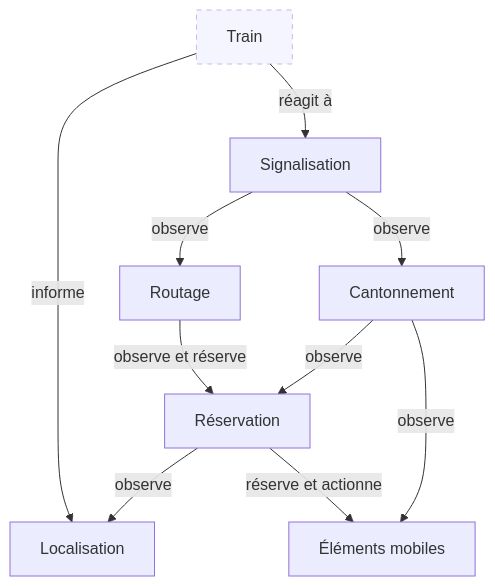
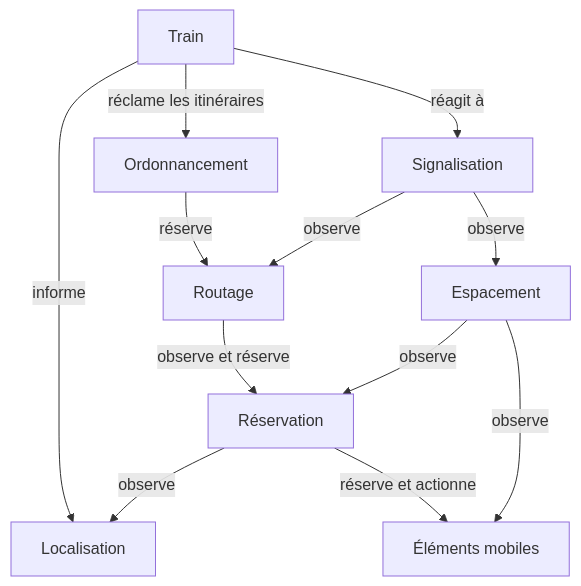
Before and after one commit to OpenRailAssociation/osrd-website: the diagram in content/developers/internals/simulation-model/_index.md, drawn with Mermaid. The commit also changed 6 other files, not shown here.

Commit message:
developers: simulation: model ordering and spacing

````diff
--- a/content/developers/internals/simulation-model/_index.md
+++ b/content/developers/internals/simulation-model/_index.md
@@ -14,38 +14,42 @@
 ```mermaid
 flowchart TD
     %%%% NODES
 
     train[Train]
-    style train opacity:50%,stroke-dasharray: 5 5
     %% ↓
     signaling[Signalisation]
     %% ↓
     routing[Routage]
-    spacing["Cantonnement"]
+    ordering[Ordonnancement]
+    spacing["Espacement"]
     %% ↓
     reservation[Réservation]
     %% ↓
     location[Localisation]
     movable-elements["Éléments mobiles"]
 
     %%%% EDGES
 
     train -- réagit à --> signaling
+    train -- réclame les itinéraires --> ordering
     signaling -- observe --> routing
+    ordering -- réserve --> routing
     signaling -- observe --> spacing
     spacing -- observe --> reservation
     spacing -- observe --> movable-elements
     routing -- observe et réserve --> reservation
     reservation -- observe --> location
     reservation -- réserve et actionne --> movable-elements
     train -- informe --> location
 
     %%%% CLICKABLE LINKS
 
+    click train href "./train/" _self
+    click ordering href "./ordering/" _self
     click signaling href "./signaling/" _self
     click routing href "./routing/" _self
     click spacing href "./spacing/" _self
     click reservation href "./reservation/" _self
     click location href "./location/" _self
     click movable-elements href "./movable-elements/" _self
 ```
````
